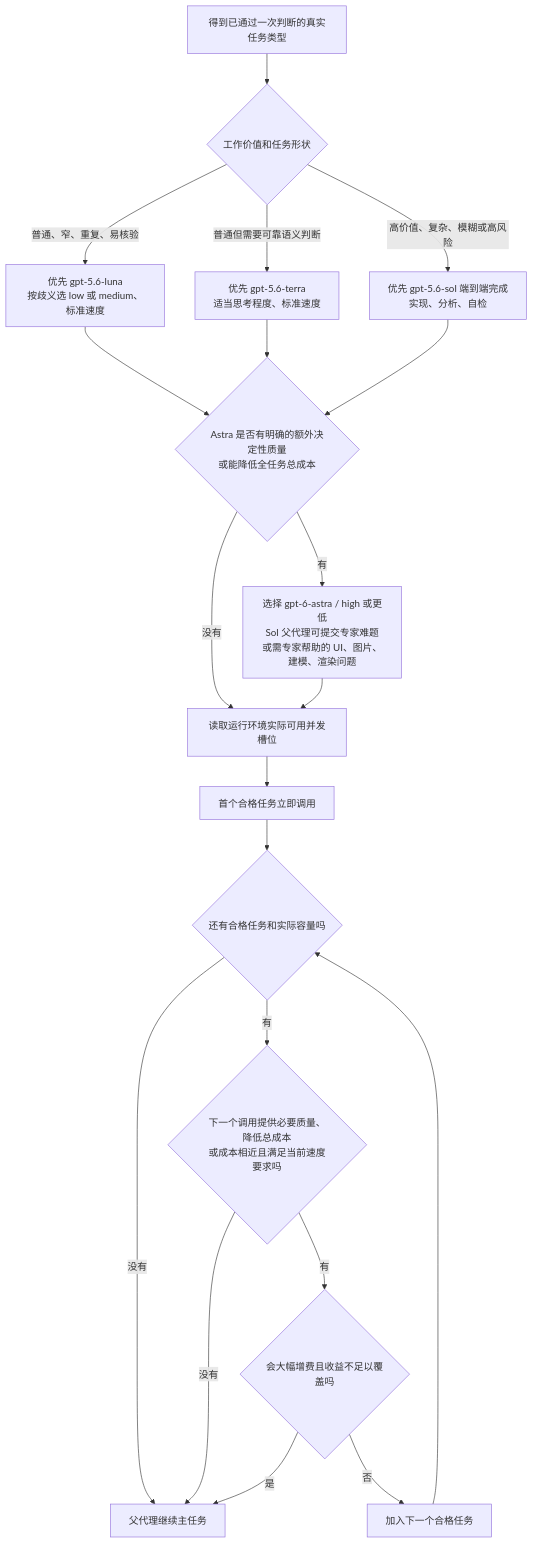
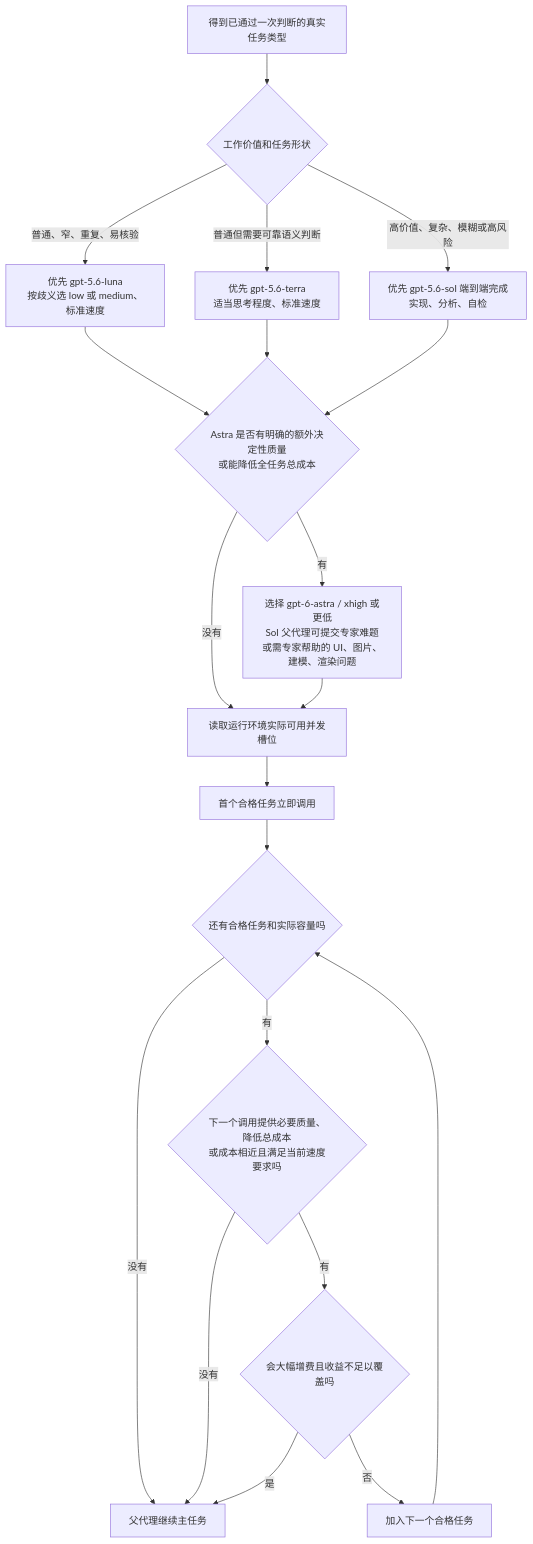
Before and after one commit to Lang45/codex-lean-stack: the third of 13 diagrams in skills/lean-stack/references/flowcharts-zh.md, drawn with Mermaid. The commit also changed other lines of this file and 12 other files, not shown here.

First line of the commit message:
feat: allow Astra subagents at xhigh

````diff
--- a/skills/lean-stack/references/flowcharts-zh.md
+++ b/skills/lean-stack/references/flowcharts-zh.md
@@ -298,22 +298,22 @@
 ```mermaid
 flowchart TD
     A[得到已通过一次判断的真实任务类型] --> A0{工作价值和任务形状}
     A0 -->|普通、窄、重复、易核验| AL[优先 gpt-5.6-luna<br/>按歧义选 low 或 medium、标准速度]
     A0 -->|普通但需要可靠语义判断| AT[优先 gpt-5.6-terra<br/>适当思考程度、标准速度]
     A0 -->|高价值、复杂、模糊或高风险| AS[优先 gpt-5.6-sol 端到端完成<br/>实现、分析、自检]
     AL --> AH{Astra 是否有明确的额外决定性质量<br/>或能降低全任务总成本}
     AT --> AH
     AS --> AH
     AH -->|没有| B[读取运行环境实际可用并发槽位]
-    AH -->|有| AA[选择 gpt-6-astra / high 或更低<br/>Sol 父代理可提交专家难题或需专家帮助的 UI、图片、建模、渲染问题]
+    AH -->|有| AA[选择 gpt-6-astra / xhigh 或更低<br/>Sol 父代理可提交专家难题或需专家帮助的 UI、图片、建模、渲染问题]
     AA --> B
     B --> C[首个合格任务立即调用]
     C --> D{还有合格任务和实际容量吗}
     D -->|没有| E[父代理继续主任务]
     D -->|有| F{下一个调用提供必要质量、降低总成本<br/>或成本相近且满足当前速度要求吗}
     F -->|没有| E
     F -->|有| G{会大幅增费且收益不足以覆盖吗}
     G -->|是| E
     G -->|否| H[加入下一个合格任务]
     H --> D
 ```
````
